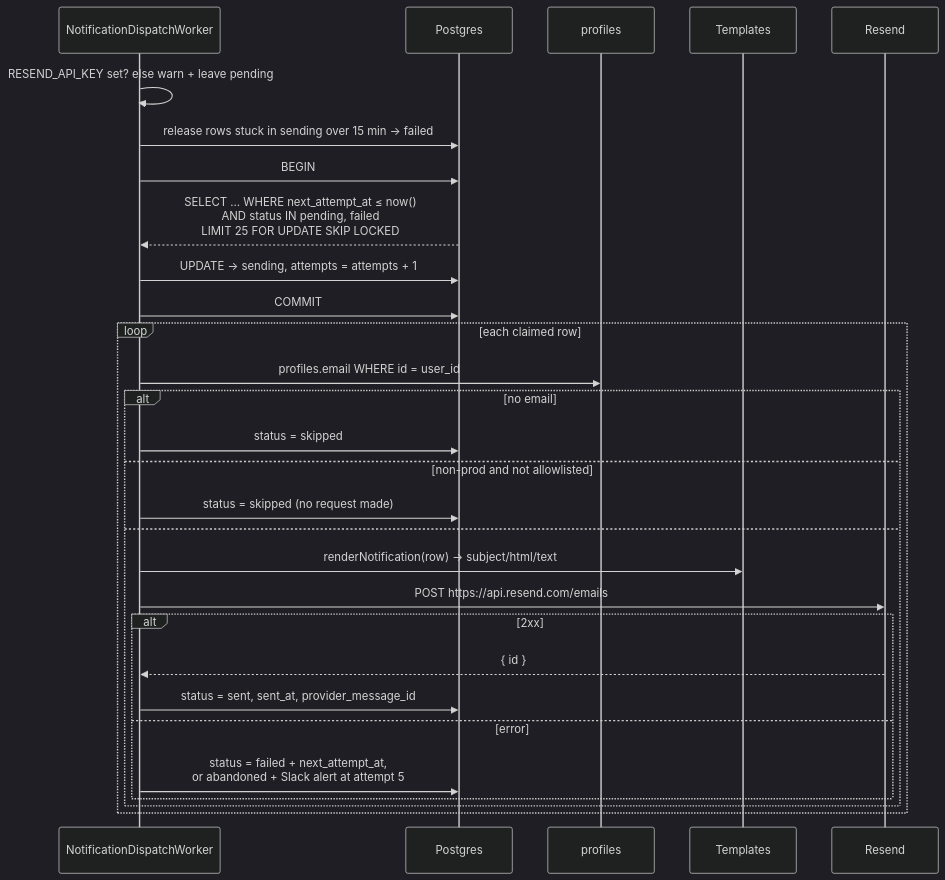
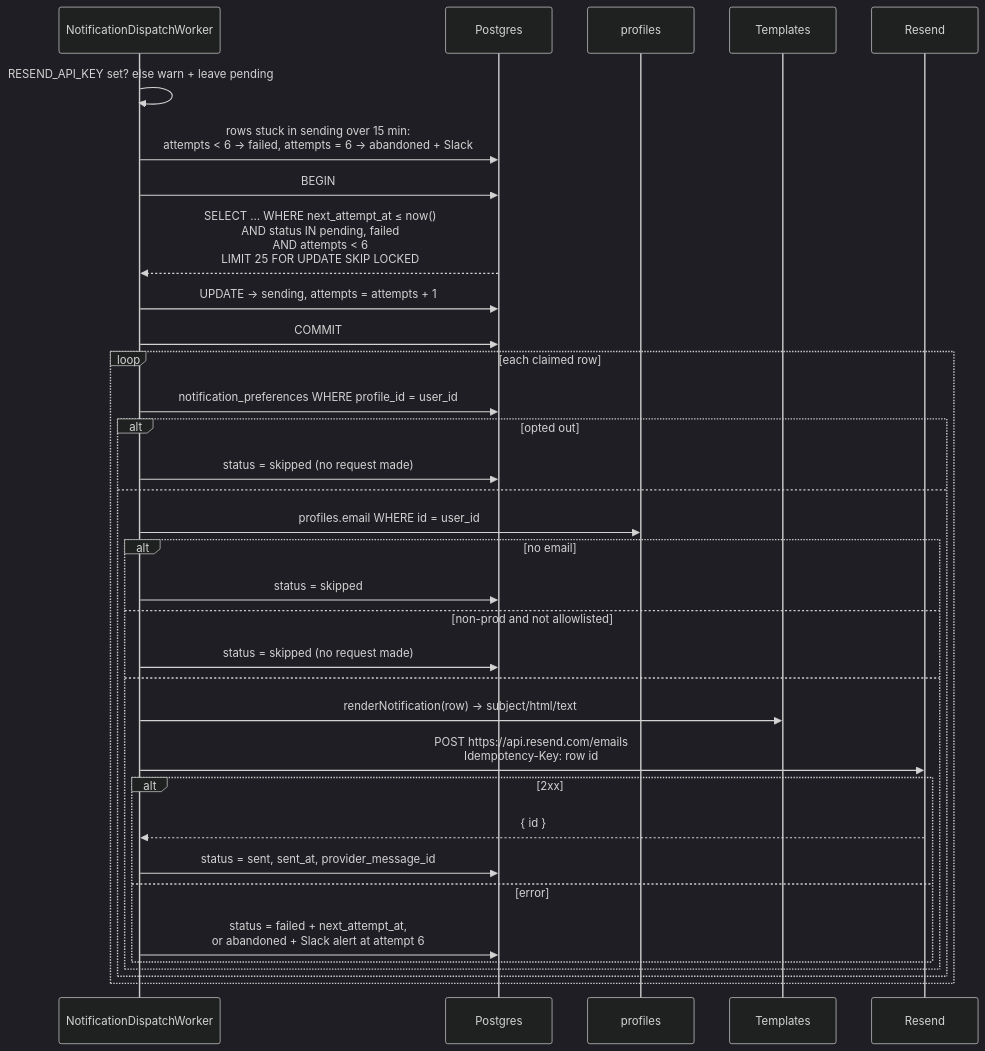
One commit to pendulum-chain/vortex changed the seventh of 8 diagrams in docs/architecture/email-notifications.md. Above: the diagram before and after it, drawn with Mermaid (dark theme). The commit also changed other lines of this file, not shown here.

Commit message:
docs: sync email notification architecture with dispatch fixes

````diff
--- a/docs/architecture/email-notifications.md
+++ b/docs/architecture/email-notifications.md
@@ -318,32 +327,37 @@
 ```mermaid
 sequenceDiagram
   participant W as NotificationDispatchWorker
   participant DB as Postgres
   participant P as profiles
   participant T as Templates
   participant R as Resend
 
   W->>W: RESEND_API_KEY set? else warn + leave pending
-  W->>DB: release rows stuck in sending over 15 min → failed
+  W->>DB: rows stuck in sending over 15 min:<br/>attempts < 6 → failed, attempts = 6 → abandoned + Slack
   W->>DB: BEGIN
-  DB-->>W: SELECT … WHERE next_attempt_at ≤ now()<br/>AND status IN pending, failed<br/>LIMIT 25 FOR UPDATE SKIP LOCKED
+  DB-->>W: SELECT … WHERE next_attempt_at ≤ now()<br/>AND status IN pending, failed<br/>AND attempts < 6<br/>LIMIT 25 FOR UPDATE SKIP LOCKED
   W->>DB: UPDATE → sending, attempts = attempts + 1
   W->>DB: COMMIT
   loop each claimed row
-    W->>P: profiles.email WHERE id = user_id
-    alt no email
-      W->>DB: status = skipped
-    else non-prod and not allowlisted
+    W->>DB: notification_preferences WHERE profile_id = user_id
+    alt opted out
       W->>DB: status = skipped (no request made)
     else
-      W->>T: renderNotification(row) → subject/html/text
-      W->>R: POST https://api.resend.com/emails
-      alt 2xx
-        R-->>W: { id }
-        W->>DB: status = sent, sent_at, provider_message_id
-      else error
-        W->>DB: status = failed + next_attempt_at,<br/>or abandoned + Slack alert at attempt 5
+      W->>P: profiles.email WHERE id = user_id
+      alt no email
+        W->>DB: status = skipped
+      else non-prod and not allowlisted
+        W->>DB: status = skipped (no request made)
+      else
+        W->>T: renderNotification(row) → subject/html/text
+        W->>R: POST https://api.resend.com/emails<br/>Idempotency-Key: row id
+        alt 2xx
+          R-->>W: { id }
+          W->>DB: status = sent, sent_at, provider_message_id
+        else error
+          W->>DB: status = failed + next_attempt_at,<br/>or abandoned + Slack alert at attempt 6
+        end
       end
     end
   end
 ```
````
